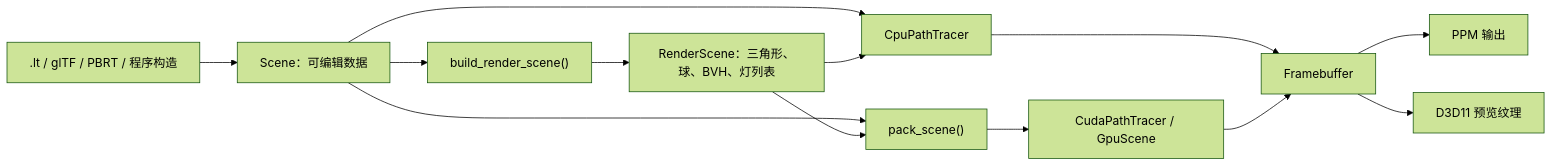
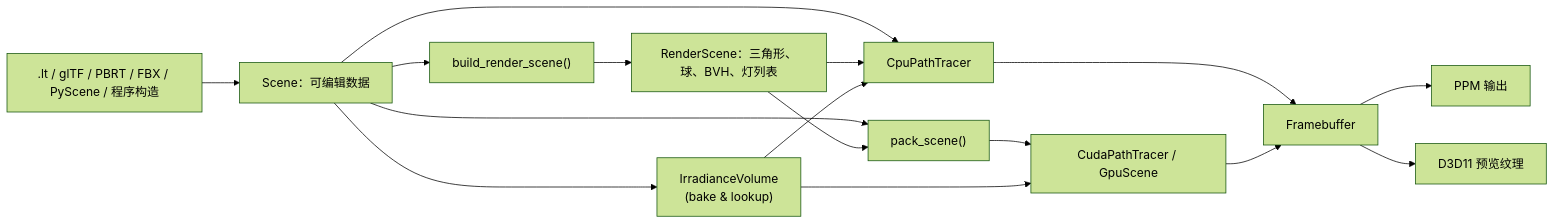
Before and after one commit to breeze028/LightTransport: the diagram in doc/01-architecture.md, drawn with Mermaid (forest theme). The commit also changed other lines of this file and 8 other files, not shown here.

Commit message:
docs: document irradiance volume, directional lights, FBX, StandardSurface, and texture pipeline

````diff
--- a/doc/01-architecture.md
+++ b/doc/01-architecture.md
@@ -24,15 +24,18 @@
 ```mermaid
 flowchart LR
-    Input[".lt / glTF / PBRT / 程序构造"] --> Scene["Scene：可编辑数据"]
+    Input[".lt / glTF / PBRT / FBX / PyScene / 程序构造"] --> Scene["Scene：可编辑数据"]
     Scene --> Build["build_render_scene()"]
     Build --> RenderScene["RenderScene：三角形、球、BVH、灯列表"]
     Scene --> CPU["CpuPathTracer"]
     RenderScene --> CPU
     Scene --> Pack["pack_scene()"]
     RenderScene --> Pack
     Pack --> GPU["CudaPathTracer / GpuScene"]
     CPU --> FB["Framebuffer"]
     GPU --> FB
     FB --> CLI["PPM 输出"]
     FB --> Editor["D3D11 预览纹理"]
+    Scene --> IV["IrradianceVolume\n(bake & lookup)"]
+    IV --> CPU
+    IV --> GPU
 ```
````
